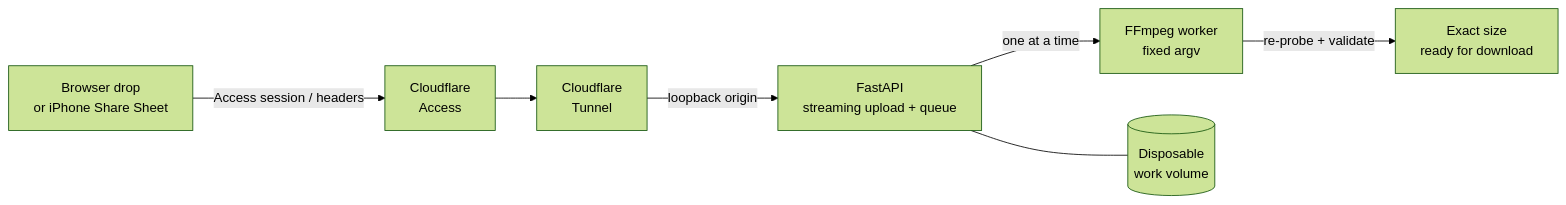
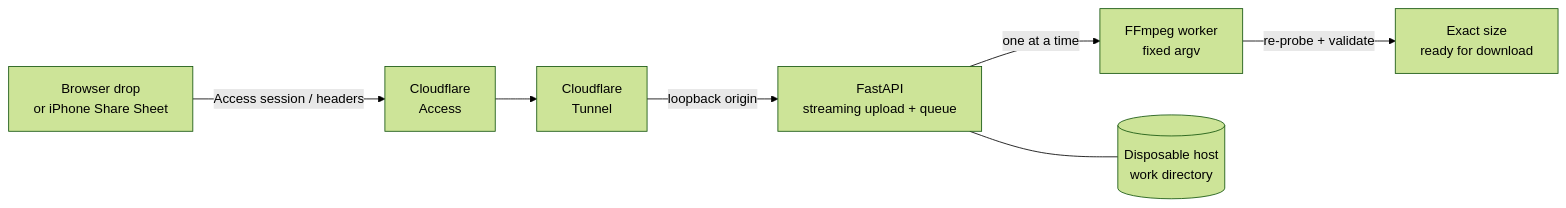
Before and after one commit to diogor0d/media-manager: the diagram in README.md, drawn with Mermaid (forest theme). The commit also changed 5 other files, not shown here.

````diff
--- a/README.md
+++ b/README.md
@@ -43,9 +43,9 @@
 ```mermaid
 flowchart LR
     clients["Browser drop<br/>or iPhone Share Sheet"] -- "Access session / headers" --> access["Cloudflare<br/>Access"]
     access --> tunnel["Cloudflare<br/>Tunnel"]
     tunnel -- "loopback origin" --> api["FastAPI<br/>streaming upload + queue"]
     api -- "one at a time" --> ffmpeg["FFmpeg worker<br/>fixed argv"]
     ffmpeg -- "re-probe + validate" --> ready["Exact size<br/>ready for download"]
-    api --- work[("Disposable<br/>work volume")]
+    api --- work[("Disposable host<br/>work directory")]
 ```
````
